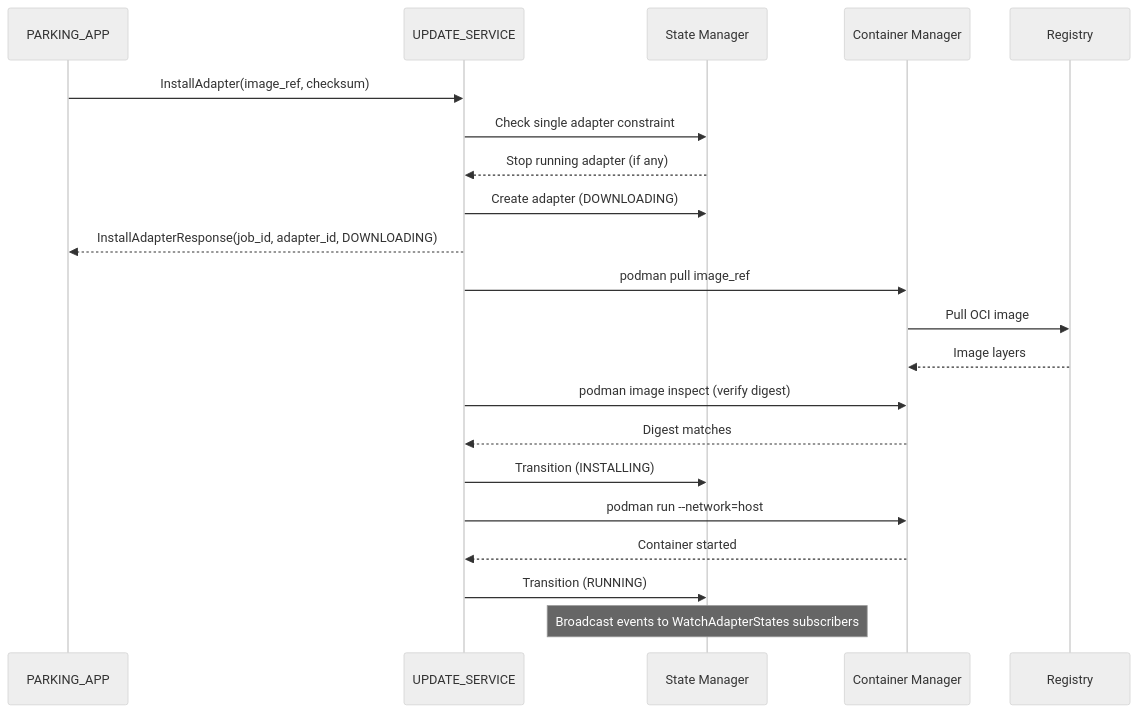
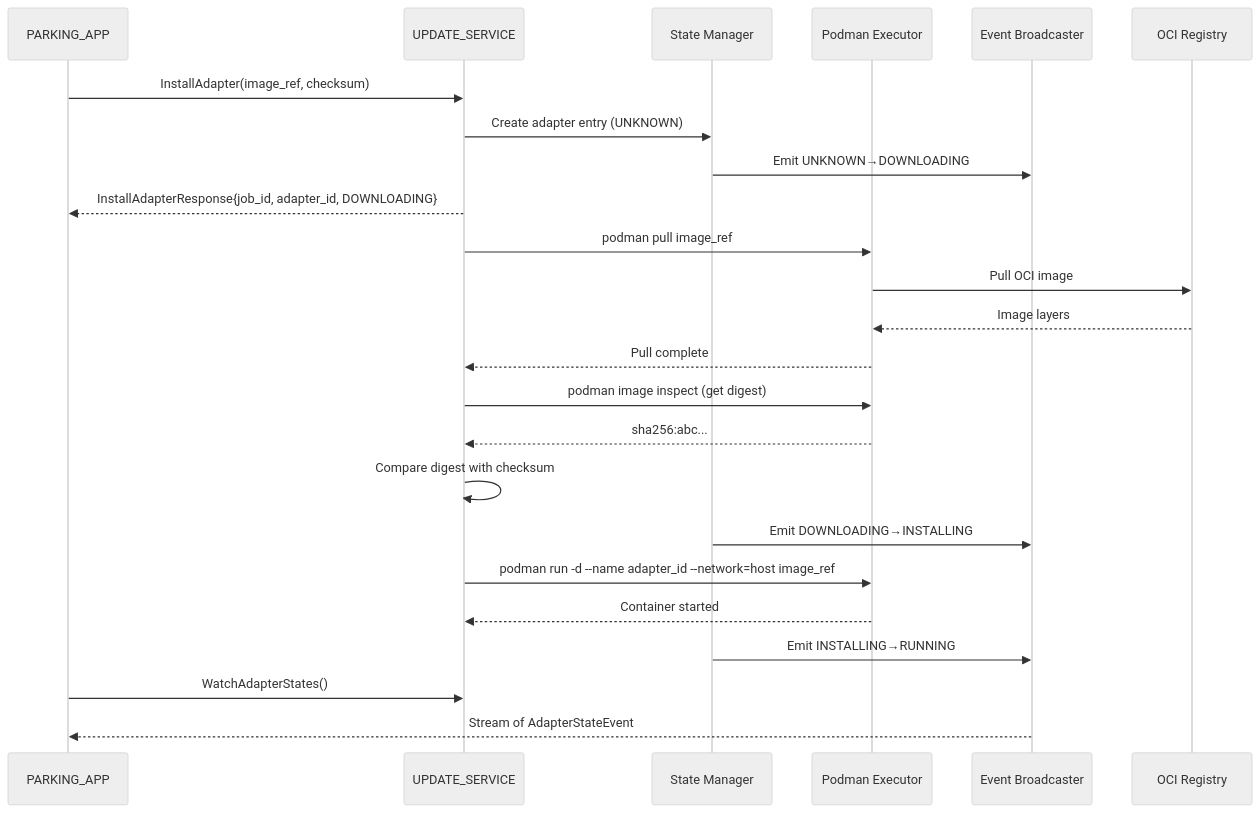
The second of 2 diagrams in .specs/07_update_service/design.md (rhadp/parking-fee-service), drawn with Mermaid (neutral theme) before and after one commit. The commit also changed other lines of this file and 35 other files, not shown here.

````diff
--- a/.specs/07_update_service/design.md
+++ b/.specs/07_update_service/design.md
@@ -31,27 +34,31 @@
 ```mermaid
 sequenceDiagram
     participant PA as PARKING_APP
     participant US as UPDATE_SERVICE
     participant SM as State Manager
-    participant CM as Container Manager
-    participant REG as Registry
+    participant PE as Podman Executor
+    participant BC as Event Broadcaster
+    participant REG as OCI Registry
 
     PA->>US: InstallAdapter(image_ref, checksum)
-    US->>SM: Check single adapter constraint
-    SM-->>US: Stop running adapter (if any)
-    US->>SM: Create adapter (DOWNLOADING)
-    US-->>PA: InstallAdapterResponse(job_id, adapter_id, DOWNLOADING)
+    US->>SM: Create adapter entry (UNKNOWN)
+    SM->>BC: Emit UNKNOWN→DOWNLOADING
+    US-->>PA: InstallAdapterResponse{job_id, adapter_id, DOWNLOADING}
 
-    US->>CM: podman pull image_ref
-    CM->>REG: Pull OCI image
-    REG-->>CM: Image layers
-    US->>CM: podman image inspect (verify digest)
-    CM-->>US: Digest matches
+    US->>PE: podman pull image_ref
+    PE->>REG: Pull OCI image
+    REG-->>PE: Image layers
+    PE-->>US: Pull complete
 
-    US->>SM: Transition (INSTALLING)
-    US->>CM: podman run --network=host
-    CM-->>US: Container started
-    US->>SM: Transition (RUNNING)
+    US->>PE: podman image inspect (get digest)
+    PE-->>US: sha256:abc...
+    US->>US: Compare digest with checksum
+    SM->>BC: Emit DOWNLOADING→INSTALLING
 
-    Note over SM: Broadcast events to WatchAdapterStates subscribers
+    US->>PE: podman run -d --name adapter_id --network=host image_ref
+    PE-->>US: Container started
+    SM->>BC: Emit INSTALLING→RUNNING
+
+    PA->>US: WatchAdapterStates()
+    BC-->>PA: Stream of AdapterStateEvent
 ```
````
